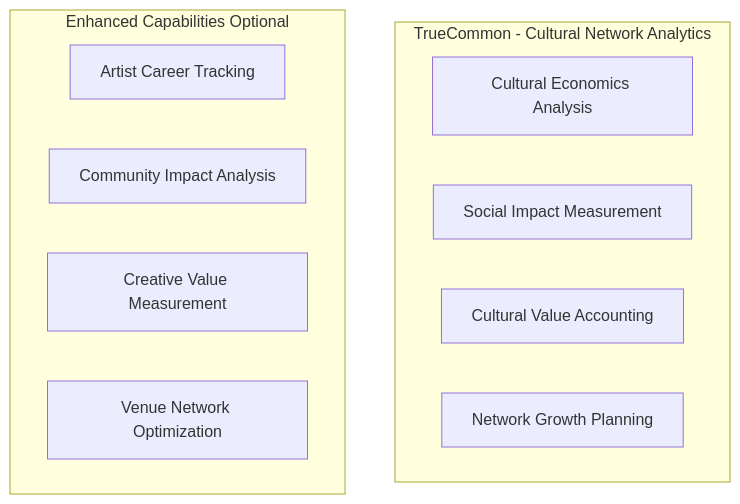
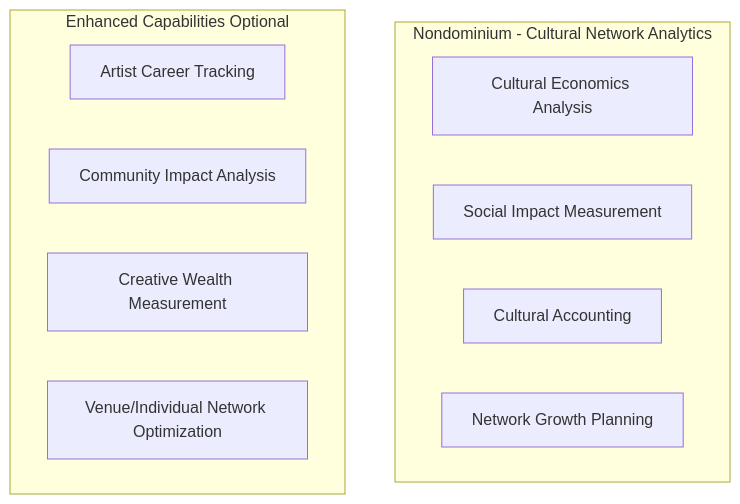
The second of 12 diagrams in documentation/Applications/user-story/user-story-artcoin.md (Sensorica/nondominium), drawn with Mermaid before and after one commit. The commit also changed other lines of this file and 99 other files, not shown here.

````diff
--- a/documentation/Applications/user-story/user-story-artcoin.md
+++ b/documentation/Applications/user-story/user-story-artcoin.md
@@ -49,16 +63,16 @@
 ```mermaid
 graph TB
-    subgraph "TrueCommon - Cultural Network Analytics"
+    subgraph "Nondominium - Cultural Network Analytics"
         REA[Cultural Economics Analysis]
         Impact[Social Impact Measurement]
-        Accounting[Cultural Value Accounting]
+        Accounting[Cultural Accounting]
         Planning[Network Growth Planning]
     end
 
     subgraph "Enhanced Capabilities Optional"
         ArtistDevelopment[Artist Career Tracking]
         CulturalMetrics[Community Impact Analysis]
-        ValueCreation[Creative Value Measurement]
-        NetworkOptimization[Venue Network Optimization]
+        WealthCreation[Creative Wealth Measurement]
+        NetworkOptimization[Venue/Individual Network Optimization]
     end
 ```
````
